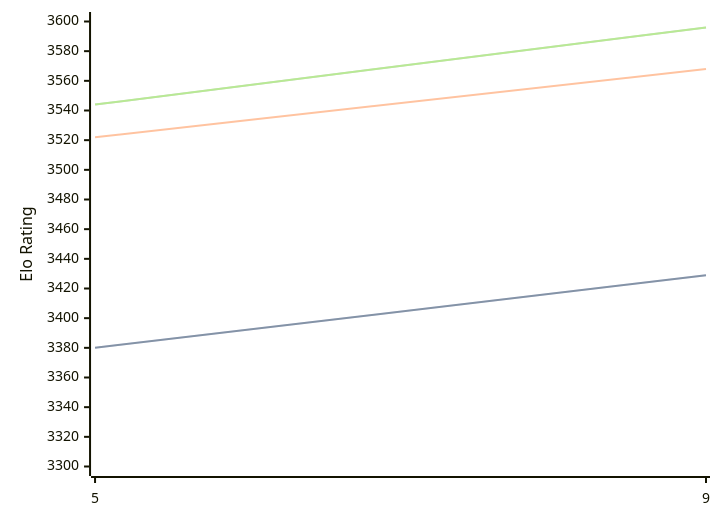
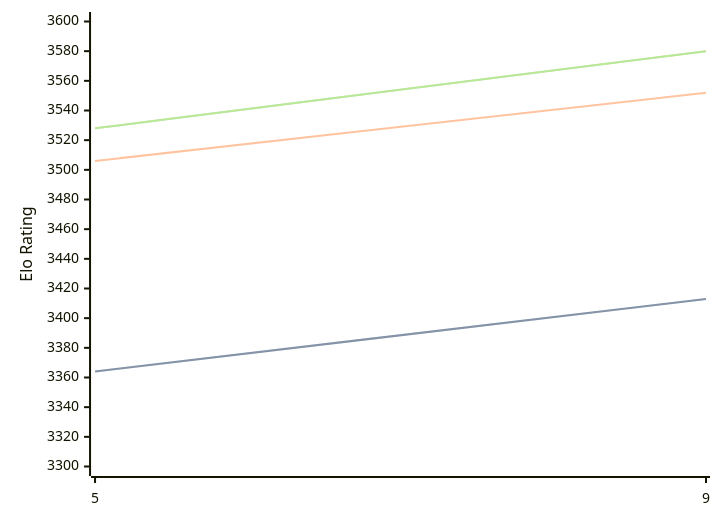
The diagram in engines/Crystal.md (computer-chess-index/cci), drawn with Mermaid before and after one commit. The commit also changed other lines of this file, not shown here.

Commit message:
Update CCI Ratings (ELO VLTC) - 2026-05-20

````diff
--- a/engines/Crystal.md
+++ b/engines/Crystal.md
@@ -60,11 +60,11 @@
 ```mermaid
 %%{init: {"theme":"base","themeVariables":{"seriesColors:['#a3a3a3','#222221','#faa371']}}}%%
 xychart-beta
   x-axis ["5", "9"]
   y-axis "Elo Rating" 3300 --> 3600
-  line "STC (8.0+0.08s)" [3380, 3429]
-  line "STC (8.0+0.08s)" [3380, 3429]
-  line "LTC (60.0+0.60s)" [3522, 3568]
-  line "VLTC (2m24s+1.12s)" [3544, 3596]
-  line "VLTC (2m24s+1.12s)" [3544, 3596]
+  line "STC (8.0+0.08s)" [3364, 3413]
+  line "STC (8.0+0.08s)" [3364, 3413]
+  line "LTC (60.0+0.60s)" [3506, 3552]
+  line "VLTC (2m24s+1.12s)" [3528, 3580]
+  line "VLTC (2m24s+1.12s)" [3528, 3580]
 ```
````
